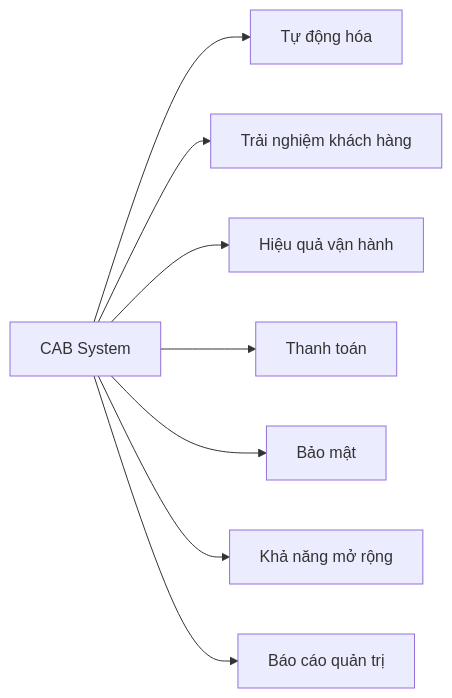
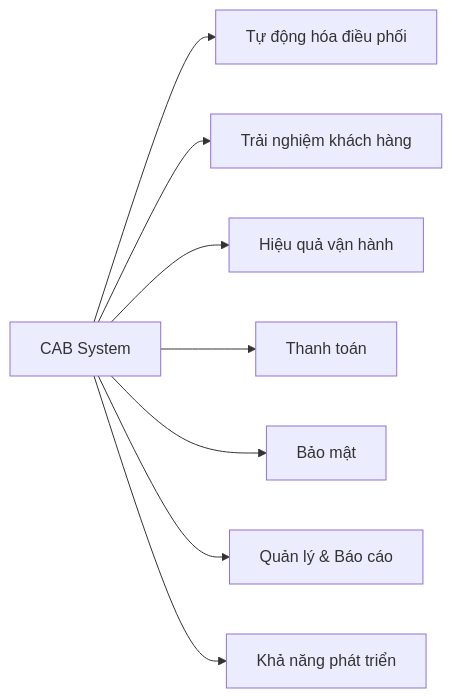
The second of 7 diagrams in SRS.md (tuyetsang-sun/23663021_DaoThiTuyetSang_CABSYSTEM), drawn with Mermaid before and after one commit. The commit also changed other lines of this file, not shown here.

````diff
--- a/SRS.md
+++ b/SRS.md
@@ -69,10 +69,10 @@
 ```mermaid
 flowchart LR
-    A["CAB System"] --> B["Tự động hóa"]
+    A["CAB System"] --> B["Tự động hóa điều phối"]
     A --> C["Trải nghiệm khách hàng"]
     A --> D["Hiệu quả vận hành"]
     A --> E["Thanh toán"]
     A --> F["Bảo mật"]
-    A --> G["Khả năng mở rộng"]
-    A --> H["Báo cáo quản trị"]
+    A --> G["Quản lý & Báo cáo"]
+    A --> H["Khả năng phát triển"]
 ```
````
